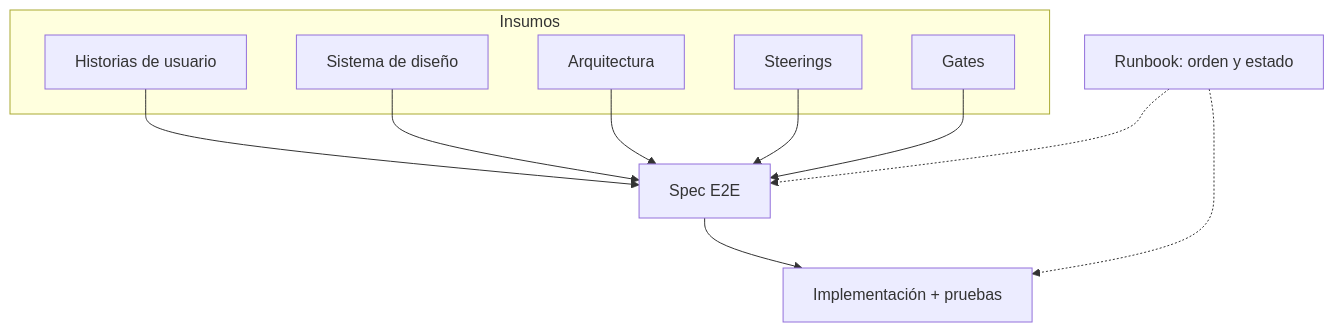
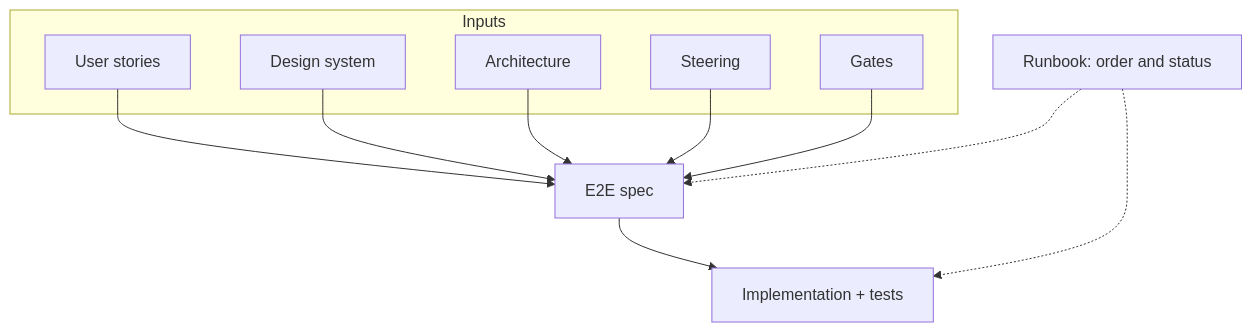
Before and after one commit to salim-castellanos/sdd-molde: the diagram in README.md, drawn with Mermaid. The commit also changed other lines of this file and 9 other files, not shown here.

````diff
--- a/README.md
+++ b/README.md
@@ -39,19 +41,19 @@
 ```mermaid
 flowchart TB
-  subgraph insumos [Insumos]
-    HU[Historias de usuario]
-    DS[Sistema de diseño]
-    AR[Arquitectura]
-    ST[Steerings]
+  subgraph insumos [Inputs]
+    HU[User stories]
+    DS[Design system]
+    AR[Architecture]
+    ST[Steering]
     GT[Gates]
   end
   HU --> SPEC
   DS --> SPEC
   AR --> SPEC
   ST --> SPEC
   GT --> SPEC
-  SPEC[Spec E2E]
-  SPEC --> CODE[Implementación + pruebas]
-  RB[Runbook: orden y estado] -.-> SPEC
+  SPEC[E2E spec]
+  SPEC --> CODE[Implementation + tests]
+  RB[Runbook: order and status] -.-> SPEC
   RB -.-> CODE
 ```
````
